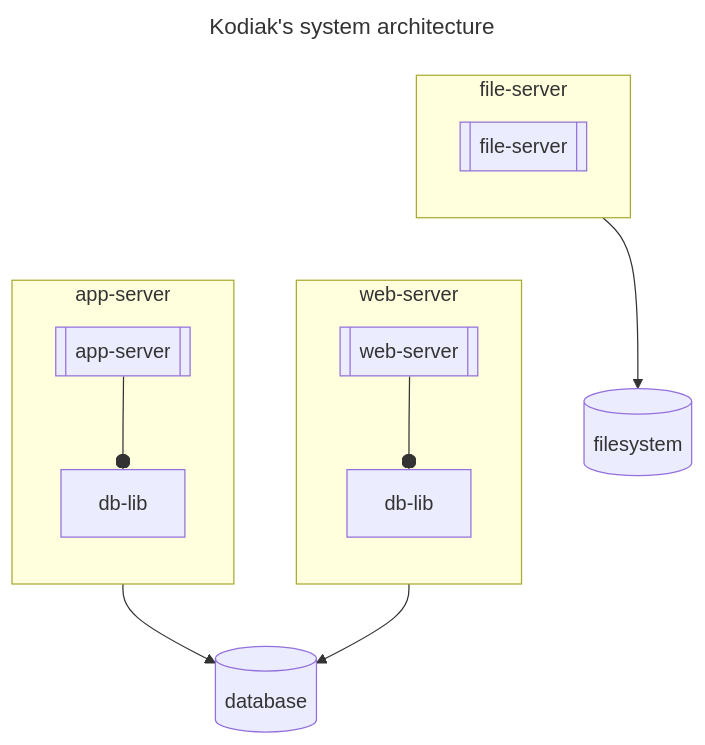
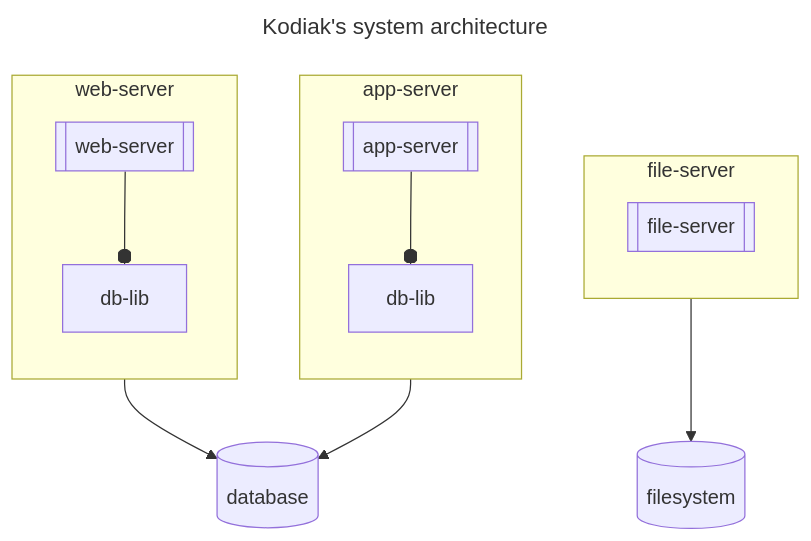
One commit to polarlabs/kodiak-diagrams changed the first of 2 diagrams in SYSTEM-ARCHITECTURE.md. Above: the diagram before and after it, drawn with Mermaid.

Commit message:
fix: mermaid syntax.

````diff
--- a/SYSTEM-ARCHITECTURE.md
+++ b/SYSTEM-ARCHITECTURE.md
@@ -5,22 +5,22 @@
 ```mermaid
 ---
 title: Kodiak's system architecture
 ---
 flowchart TB
+  direction TB
   subgraph file-server
     direction TB
     file-server.pro[[file-server]]
   end
   subgraph web-server
     direction TB
     web-server.pro[[web-server]] --o web-server.db-lib[db-lib]
   end
   subgraph app-server
     direction TB
     app-server.pro[[app-server]] --o app-server.db-lib[db-lib]
   end
-  file-server.pro ~~~ web-server.pro
   file-server --> filesystem[(filesystem)]
   web-server --> database[(database)]
   app-server --> database[(database)]
 ```
````
